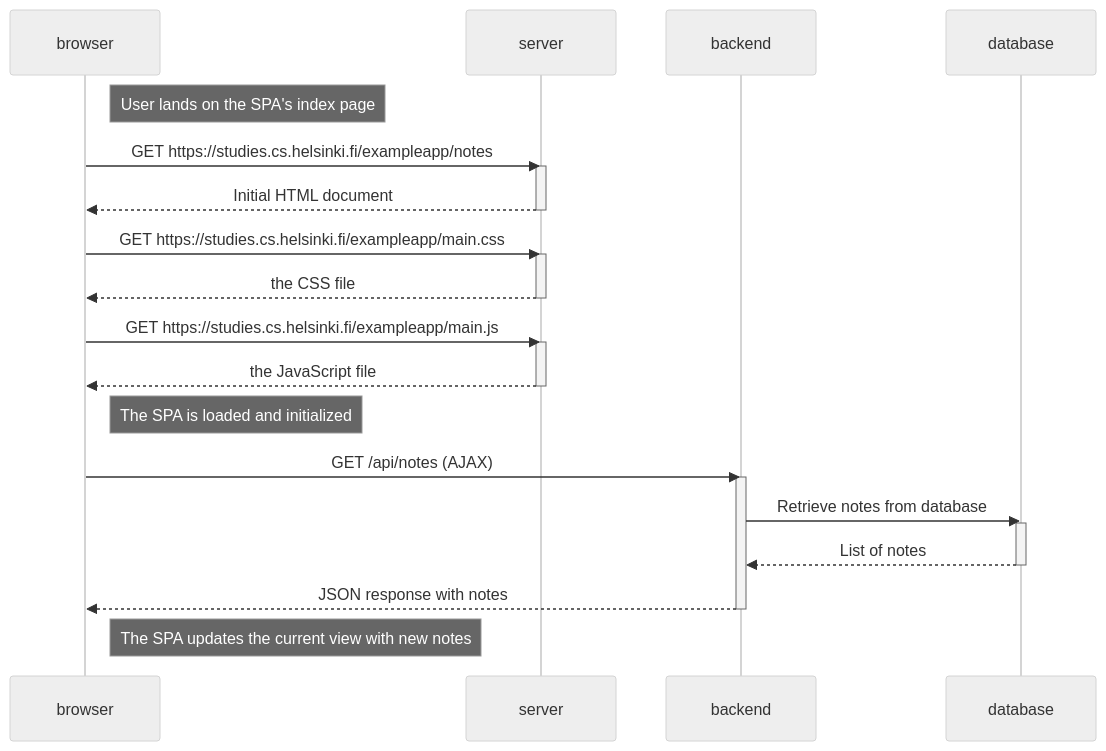
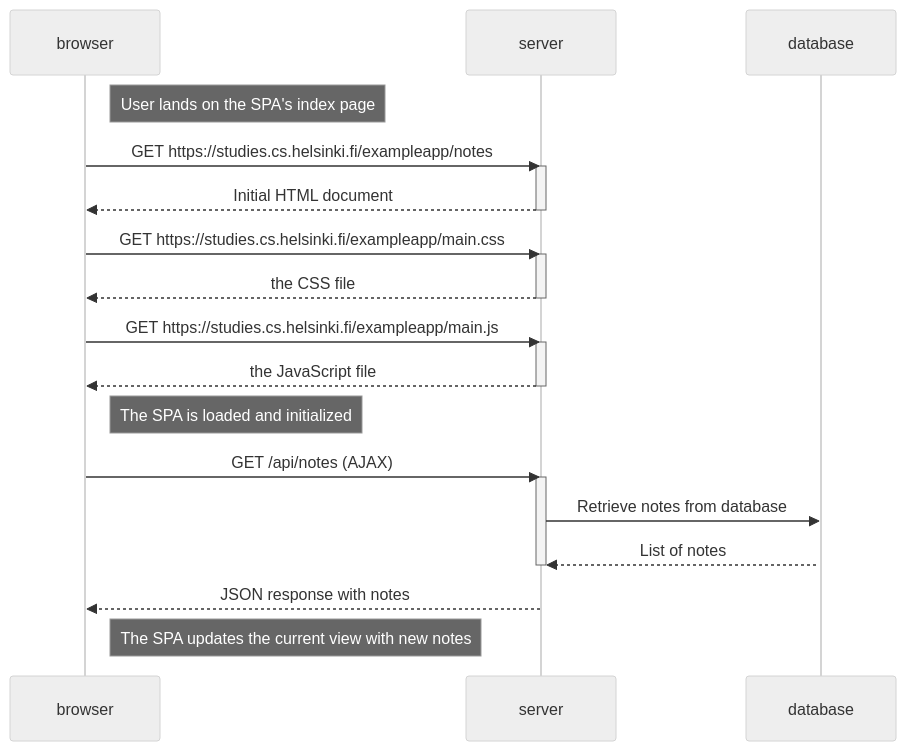
One commit to Mikko-Kajander/MOOC-Full-stack-open changed the diagram in part0/0.5/README0.md. Above: the diagram before and after it, drawn with Mermaid (neutral theme).

Commit message:
part0: finish 0.5 and 0.6

````diff
--- a/part0/0.5/README0.md
+++ b/part0/0.5/README0.md
@@ -1,37 +1,35 @@
 ```mermaid
 sequenceDiagram
     participant browser
     participant server
-    participant backend
 
     Note right of browser: User lands on the SPA's index page
 
     browser->>server: GET https://studies.cs.helsinki.fi/exampleapp/notes;
     activate server;
     server-->>browser: Initial HTML document;
     deactivate server;
 
     browser->>server: GET https://studies.cs.helsinki.fi/exampleapp/main.css;
     activate server;
     server-->>browser: the CSS file;
     deactivate server;
 
     browser->>server: GET https://studies.cs.helsinki.fi/exampleapp/main.js;
     activate server;
     server-->>browser: the JavaScript file;
     deactivate server;
 
     Note right of browser: The SPA is loaded and initialized
 
-    browser->>backend: GET /api/notes (AJAX)
-    activate backend
-    backend->>database: Retrieve notes from database
+    browser->>server: GET /api/notes (AJAX)
+    activate server;
+    server->>database: Retrieve notes from database
     activate database
-    database-->>backend: List of notes
-    deactivate database
-    backend-->>browser: JSON response with notes
-    deactivate backend
-
+    database-->>server: List of notes
+    deactivate server
+    server-->>browser: JSON response with notes
+    
     Note right of browser: The SPA updates the current view with new notes
 
 ```
````
